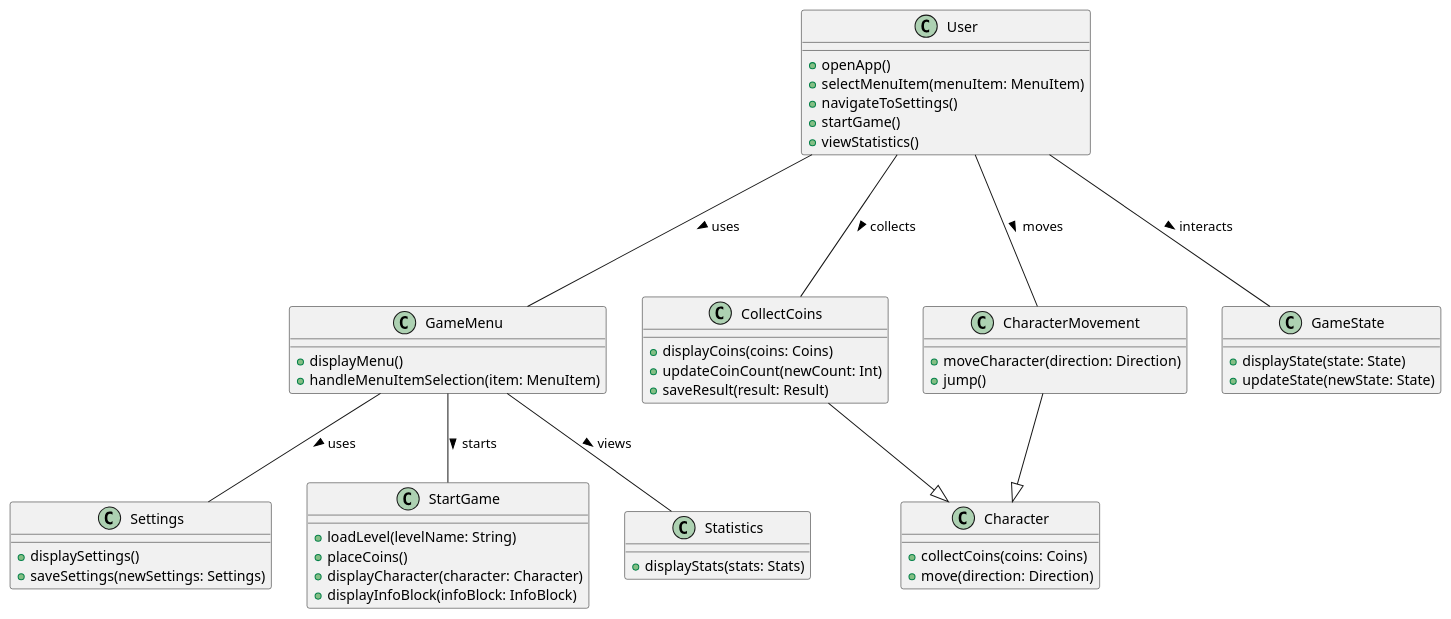
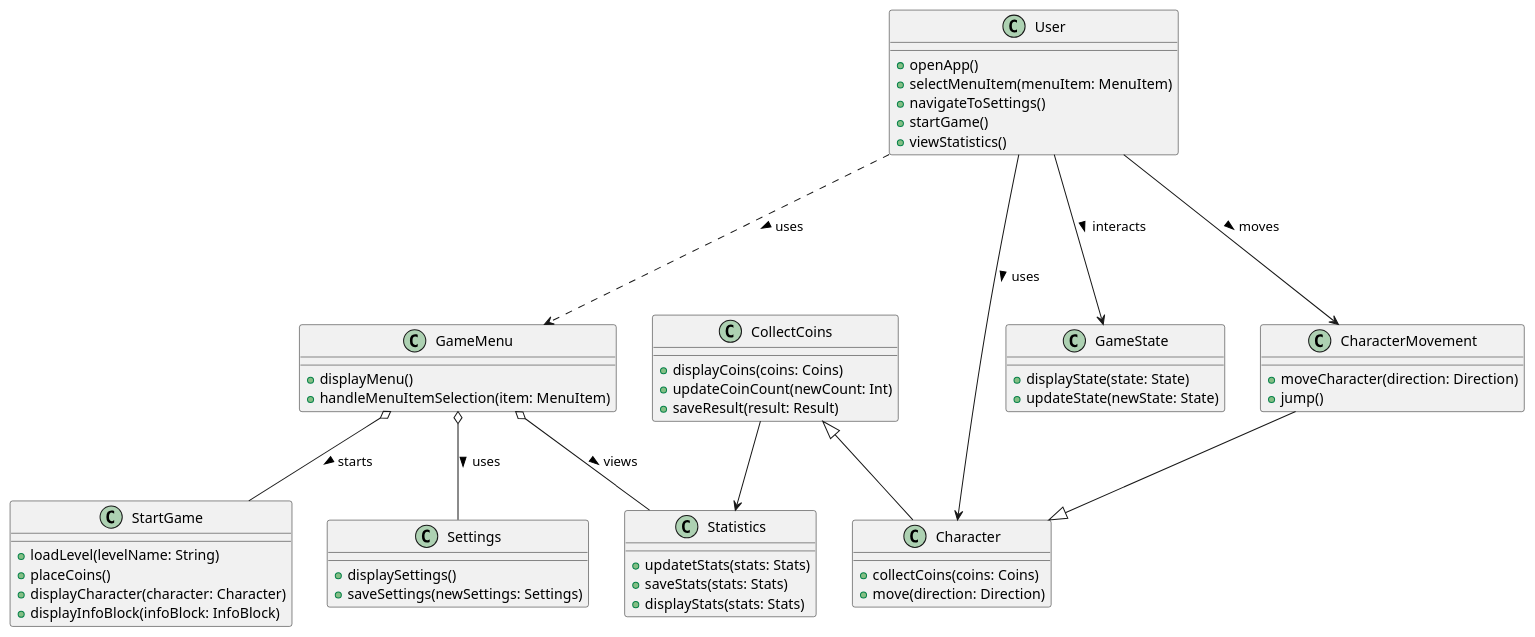
Before and after one commit to Muuuve/My-Project: the diagram in docs/class_diagram.puml, drawn with PlantUML. The commit also changed 2 other files, not shown here.

```diff
--- a/docs/class_diagram.puml
+++ b/docs/class_diagram.puml
@@ -1,64 +1,68 @@
 @startuml
 
 class User {
     +openApp()
     +selectMenuItem(menuItem: MenuItem)
     +navigateToSettings()
     +startGame()
     +viewStatistics()
 }
 
 class GameMenu {
     +displayMenu()
     +handleMenuItemSelection(item: MenuItem)
 }
 
 class Settings {
     +displaySettings()
     +saveSettings(newSettings: Settings)
 }
 
 class StartGame {
     +loadLevel(levelName: String)
     +placeCoins()
     +displayCharacter(character: Character)
     +displayInfoBlock(infoBlock: InfoBlock)
 }
 
 class Statistics {
+    +updatetStats(stats: Stats)
+    +saveStats(stats: Stats)
     +displayStats(stats: Stats)
 }
 
 class CollectCoins {
     +displayCoins(coins: Coins)
     +updateCoinCount(newCount: Int)
     +saveResult(result: Result)
 }
 
 class CharacterMovement {
     +moveCharacter(direction: Direction)
     +jump()
 }
 
 class Character {
     +collectCoins(coins: Coins)
     +move(direction: Direction)
 }
 
 class GameState {
     +displayState(state: State)
     +updateState(newState: State)
 }
 
-User --- GameMenu : uses >
-User --- CollectCoins : collects >
-User --- CharacterMovement : moves >
-User --- GameState : interacts >
-GameMenu -- "StartGame" : starts >
-GameMenu -- "Settings" : uses >
-GameMenu -- "Statistics" : views >
+User -.-> GameMenu : uses >
+User --->  Character : uses >
+User --->  CharacterMovement : moves >
+User --->  GameState : interacts >
+GameMenu o-- "StartGame" : starts >
+GameMenu o-- "Settings" : uses >
+GameMenu o-- "Statistics" : views >
+CollectCoins --> "Statistics"
 
-CollectCoins --|> Character
+
+CollectCoins <|-- Character
 CharacterMovement --|> Character
 
 @enduml
```
